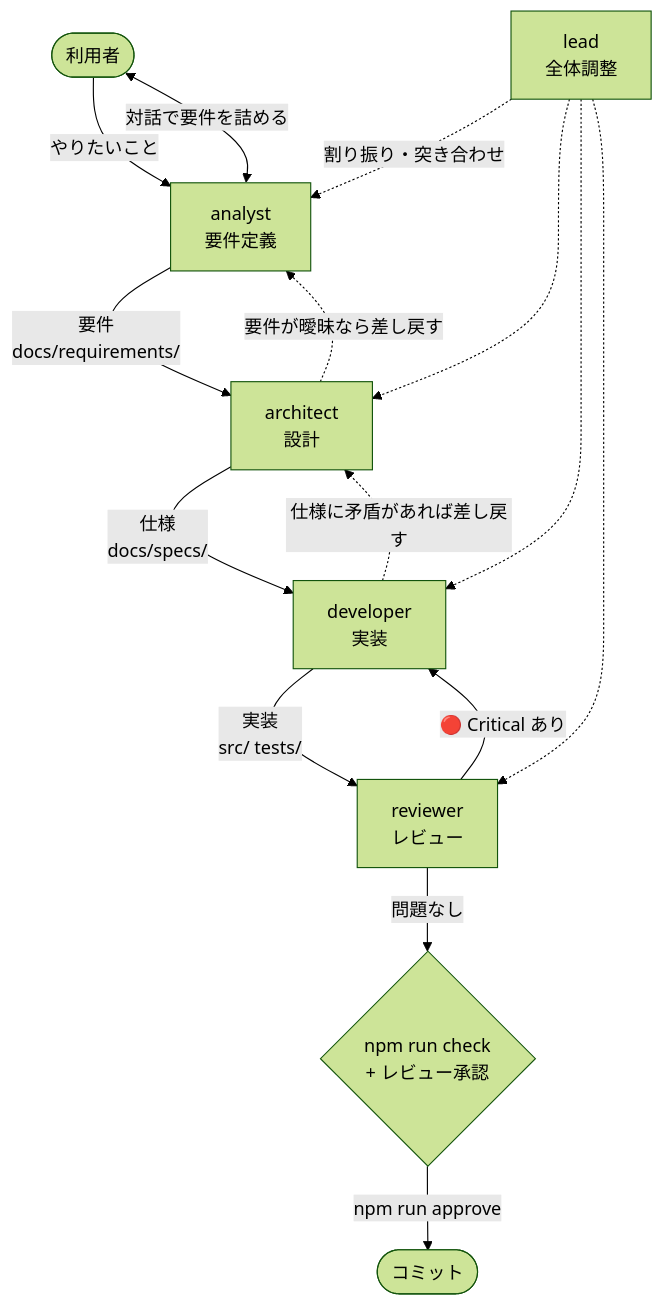
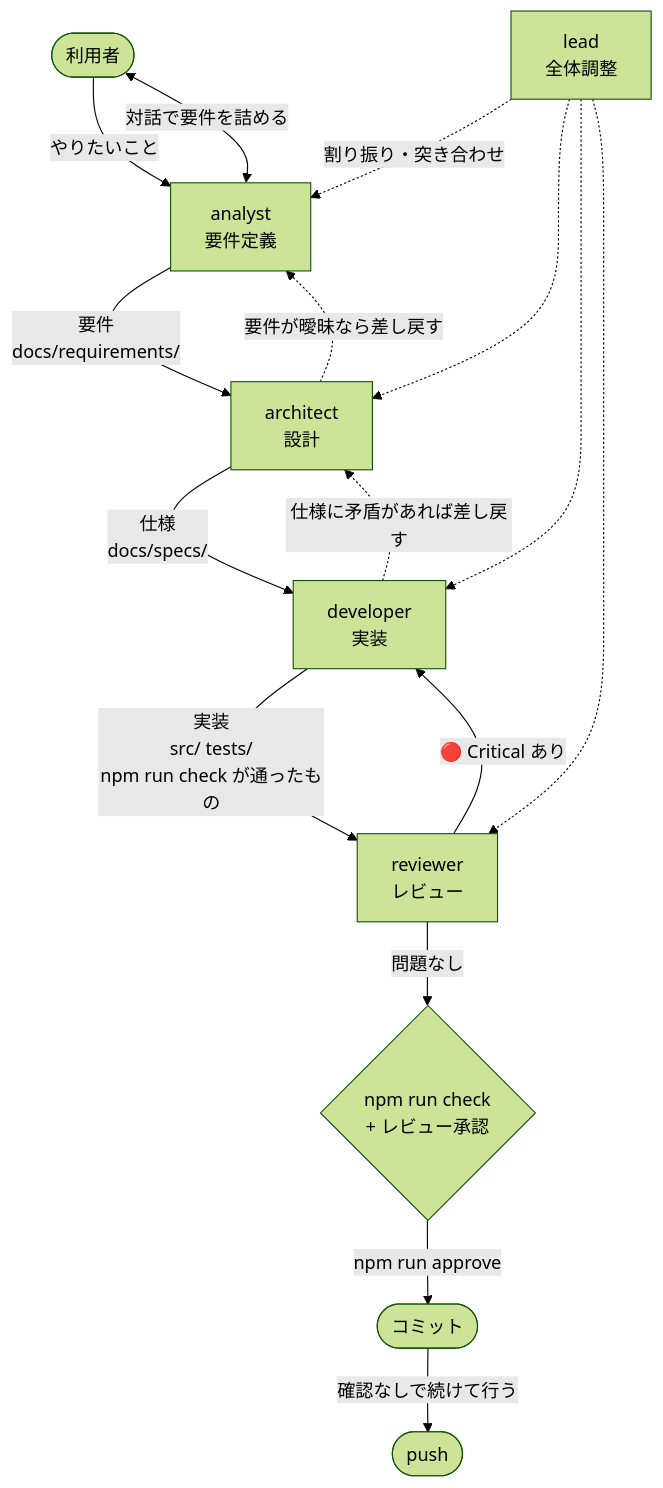
The first of 2 diagrams in docs/WORKFLOW.md (Harurow/chrome.ext.kabu-tantan), drawn with Mermaid (forest theme) before and after one commit. The commit also changed other lines of this file and 7 other files, not shown here.

````diff
--- a/docs/WORKFLOW.md
+++ b/docs/WORKFLOW.md
@@ -8,28 +8,30 @@
 ```mermaid
 flowchart TD
     USER(["利用者"])
     ANALYST["analyst<br/>要件定義"]
     ARCHITECT["architect<br/>設計"]
     DEVELOPER["developer<br/>実装"]
     REVIEWER["reviewer<br/>レビュー"]
     GATE{"npm run check<br/>+ レビュー承認"}
     COMMIT(["コミット"])
+    PUSH(["push"])
 
     USER -->|"やりたいこと"| ANALYST
     ANALYST <-->|"対話で要件を詰める"| USER
     ANALYST -->|"要件<br/>docs/requirements/"| ARCHITECT
     ARCHITECT -->|"仕様<br/>docs/specs/"| DEVELOPER
-    DEVELOPER -->|"実装<br/>src/ tests/"| REVIEWER
+    DEVELOPER -->|"実装<br/>src/ tests/<br/>npm run check が通ったもの"| REVIEWER
     REVIEWER -->|"🔴 Critical あり"| DEVELOPER
     REVIEWER -->|"問題なし"| GATE
     GATE -->|"npm run approve"| COMMIT
+    COMMIT -->|"確認なしで続けて行う"| PUSH
 
     ARCHITECT -.->|"要件が曖昧なら差し戻す"| ANALYST
     DEVELOPER -.->|"仕様に矛盾があれば差し戻す"| ARCHITECT
 
     LEAD["lead<br/>全体調整"]
     LEAD -.->|"割り振り・突き合わせ"| ANALYST
     LEAD -.-> ARCHITECT
     LEAD -.-> DEVELOPER
     LEAD -.-> REVIEWER
 ```
````
